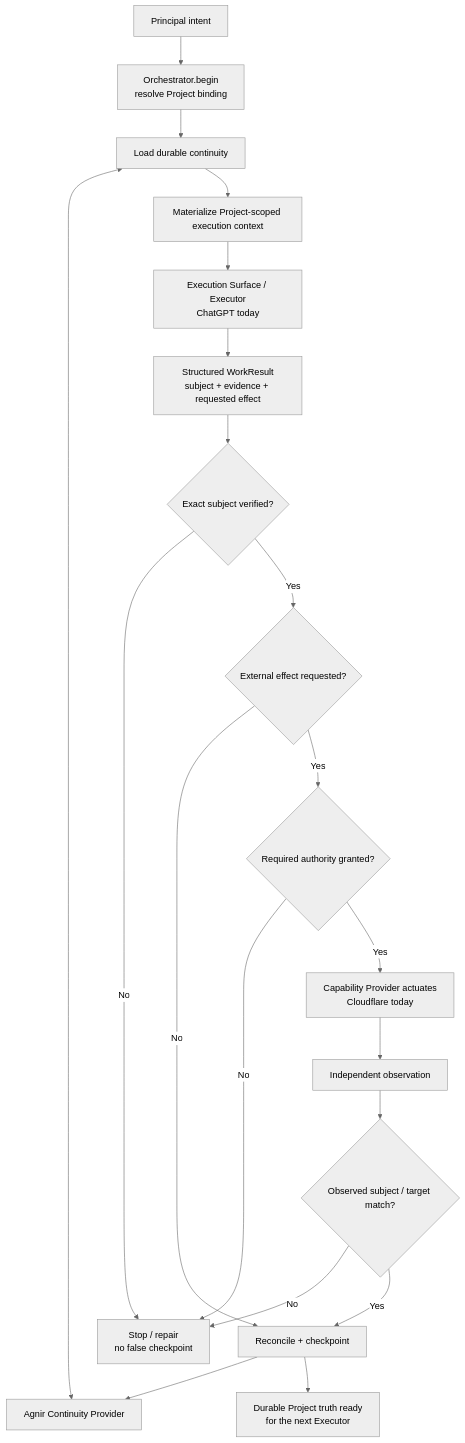
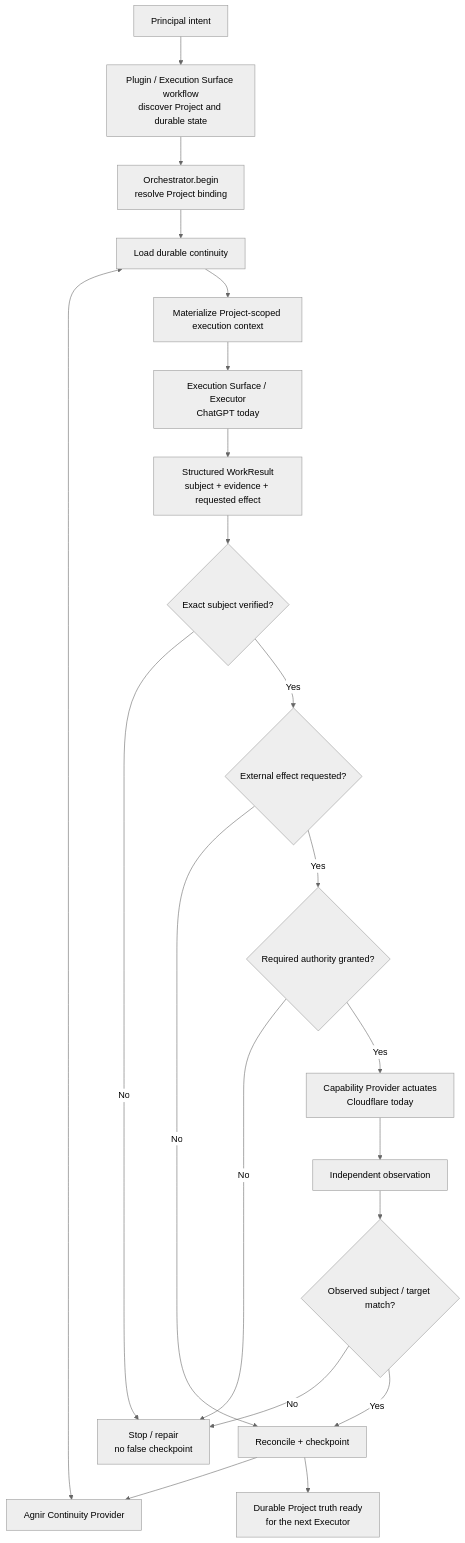
One commit to iorLab/svif changed the second of 2 diagrams in README.md. Above: the diagram before and after it, drawn with Mermaid (neutral theme). The commit also changed other lines of this file, not shown here.

Commit message:
docs(plugin): expose installable Plugin MVP in README

````diff
--- a/README.md
+++ b/README.md
@@ -43,22 +45,23 @@
 ```mermaid
 flowchart TD
-    I[Principal intent] --> B[Orchestrator.begin\nresolve Project binding]
+    I[Principal intent] --> P[Plugin / Execution Surface workflow\ndiscover Project and durable state]
+    P --> B[Orchestrator.begin\nresolve Project binding]
     B --> L[Load durable continuity]
     L <--> A[Agnir Continuity Provider]
     L --> M[Materialize Project-scoped execution context]
     M --> E[Execution Surface / Executor\nChatGPT today]
     E --> W[Structured WorkResult\nsubject + evidence + requested effect]
     W --> V{Exact subject verified?}
     V -- No --> STOP[Stop / repair\nno false checkpoint]
     V -- Yes --> Q{External effect requested?}
     Q -- No --> C[Reconcile + checkpoint]
     Q -- Yes --> U{Required authority granted?}
     U -- No --> STOP
     U -- Yes --> D[Capability Provider actuates\nCloudflare today]
     D --> O[Independent observation]
     O --> R{Observed subject / target match?}
     R -- No --> STOP
     R -- Yes --> C
     C --> A
     C --> N[Durable Project truth ready\nfor the next Executor]
 ```
````
